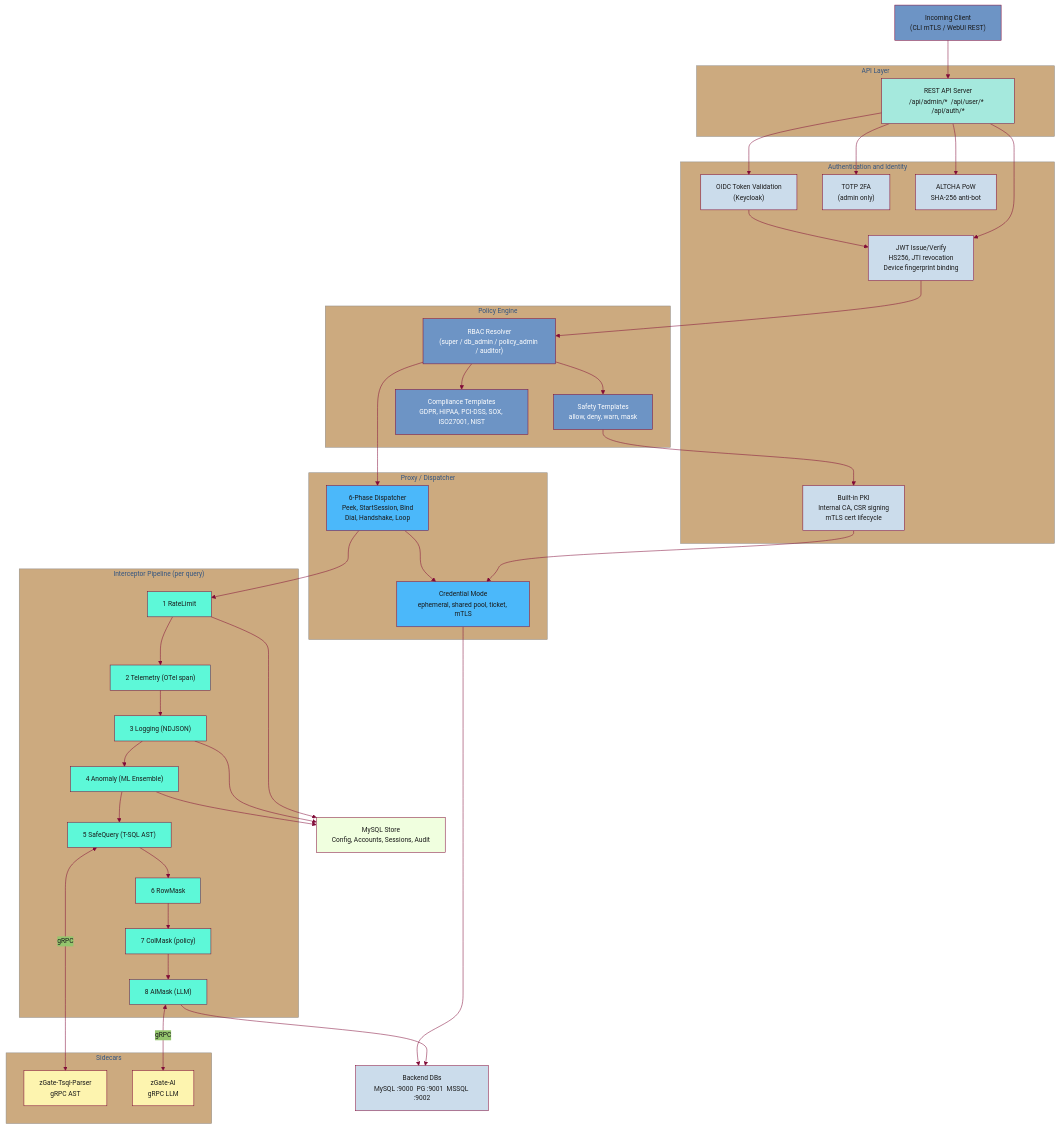
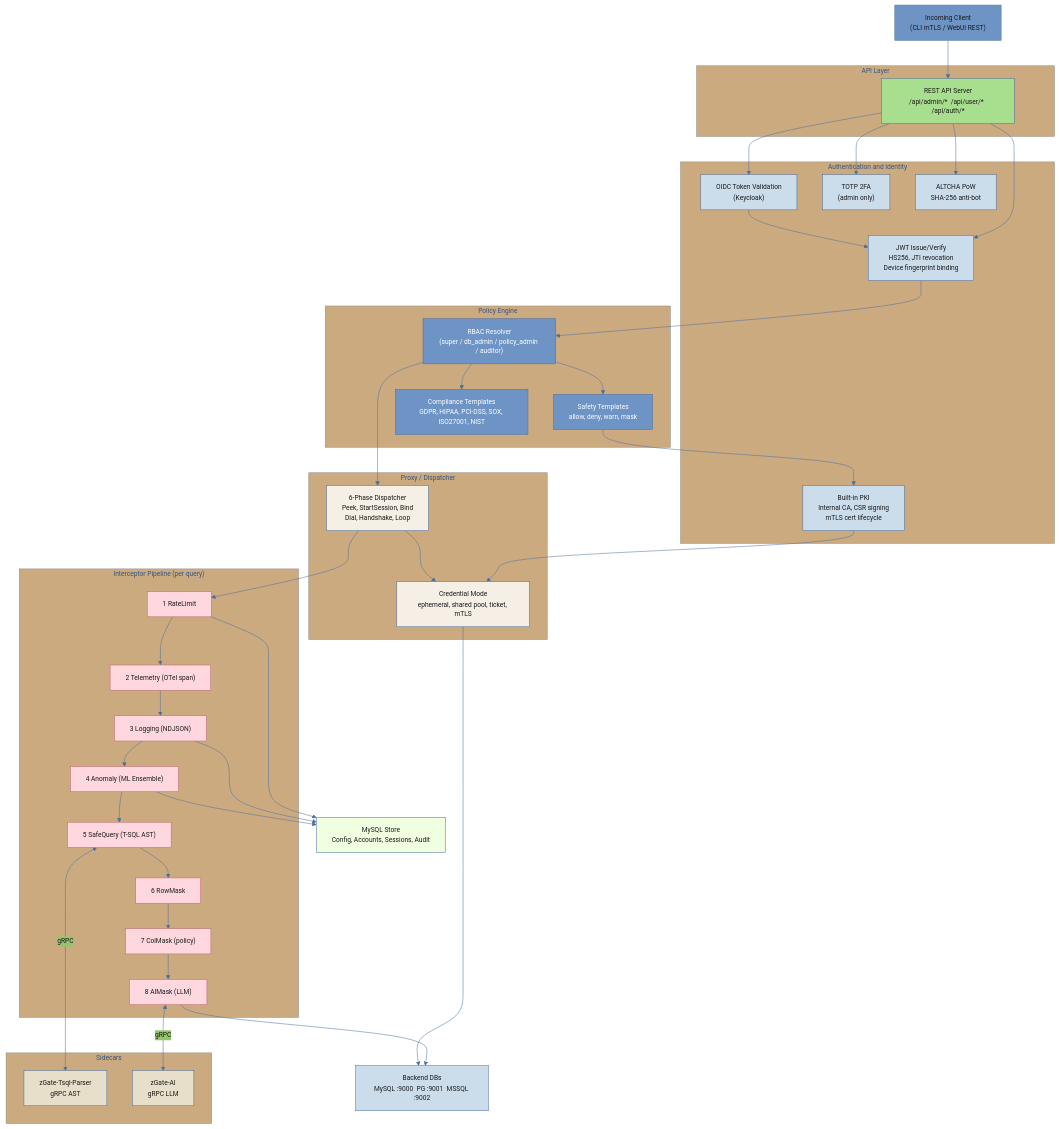
The diagram in diagrams/fig5_2_backend.mmd (lll-michael-lll/Graduation-Project-Documentation), drawn with Mermaid before and after one commit. The commit also changed 20 other files, not shown here.

First line of the commit message:
feat(docs): update diagram palettes, shrink figs 5.3+5.5, concise captions, fix TOC/LOF/LOT

```diff
--- a/diagrams/fig5_2_backend.mmd
+++ b/diagrams/fig5_2_backend.mmd
@@ -1,87 +1,87 @@
 %%{init: {
   "theme": "base",
   "themeVariables": {
     "primaryColor": "#6D94C5",
     "primaryTextColor": "#1a1a1a",
-    "primaryBorderColor": "#810B38",
-    "lineColor": "#810B38",
+    "primaryBorderColor": "#4a6fa0",
+    "lineColor": "#4a6fa0",
     "fontFamily": "Liberation Sans, Arial, sans-serif",
     "fontSize": "13px"
   }
 }}%%
 flowchart TB
-    classDef api     fill:#A5E9DD,stroke:#810B38,color:#1a1a1a
-    classDef auth    fill:#CBDCEB,stroke:#810B38,color:#1a1a1a
-    classDef policy  fill:#6D94C5,stroke:#810B38,color:#fff
-    classDef proxy   fill:#4BB8FA,stroke:#810B38,color:#1a1a1a
-    classDef pipe    fill:#5DF8D8,stroke:#810B38,color:#1a1a1a
-    classDef sidecar fill:#FDF4AF,stroke:#810B38,color:#1a1a1a
-    classDef store   fill:#F0FFDF,stroke:#810B38,color:#1a1a1a
-    classDef db      fill:#CBDCEB,stroke:#810B38,color:#1a1a1a
+    classDef api     fill:#A8DF8E,stroke:#4a6fa0,color:#1a1a1a
+    classDef auth    fill:#CBDCEB,stroke:#4a6fa0,color:#1a1a1a
+    classDef policy  fill:#6D94C5,stroke:#4a6fa0,color:#fff
+    classDef proxy   fill:#F5EFE6,stroke:#4a6fa0,color:#1a1a1a
+    classDef pipe    fill:#FFD8DF,stroke:#c0626e,color:#1a1a1a
+    classDef sidecar fill:#E8DFCA,stroke:#4a6fa0,color:#1a1a1a
+    classDef store   fill:#F0FFDF,stroke:#4a6fa0,color:#1a1a1a
+    classDef db      fill:#CBDCEB,stroke:#4a6fa0,color:#1a1a1a
 
     REQ["Incoming Client\n(CLI mTLS / WebUI REST)"]
 
     subgraph API_LAYER ["API Layer"]
         REST["REST API Server\n/api/admin/*  /api/user/*  /api/auth/*"]:::api
     end
 
     subgraph AUTH_LAYER ["Authentication and Identity"]
         OIDC["OIDC Token Validation\n(Keycloak)"]:::auth
         JWT["JWT Issue/Verify\nHS256, JTI revocation\nDevice fingerprint binding"]:::auth
         TOTP["TOTP 2FA\n(admin only)"]:::auth
         PKI["Built-in PKI\nInternal CA, CSR signing\nmTLS cert lifecycle"]:::auth
         ALTCHA["ALTCHA PoW\nSHA-256 anti-bot"]:::auth
     end
 
     subgraph POLICY_LAYER ["Policy Engine"]
         RBAC["RBAC Resolver\n(super / db_admin / policy_admin / auditor)"]:::policy
         SAFETY["Safety Templates\nallow, deny, warn, mask"]:::policy
         COMPLIANCE["Compliance Templates\nGDPR, HIPAA, PCI-DSS, SOX, ISO27001, NIST"]:::policy
     end
 
     subgraph PROXY_LAYER ["Proxy / Dispatcher"]
         DISP2["6-Phase Dispatcher\nPeek, StartSession, Bind\nDial, Handshake, Loop"]:::proxy
         CRED["Credential Mode\nephemeral, shared pool, ticket, mTLS"]:::proxy
     end
 
     subgraph PIPE_LAYER ["Interceptor Pipeline (per query)"]
         P_RL["1 RateLimit"]:::pipe
         P_OT["2 Telemetry (OTel span)"]:::pipe
         P_LOG["3 Logging (NDJSON)"]:::pipe
         P_AN["4 Anomaly (ML Ensemble)"]:::pipe
         P_SQ["5 SafeQuery (T-SQL AST)"]:::pipe
         P_RM["6 RowMask"]:::pipe
         P_CM["7 ColMask (policy)"]:::pipe
         P_AI["8 AIMask (LLM)"]:::pipe
     end
 
     STORE["MySQL Store\nConfig, Accounts, Sessions, Audit"]:::store
 
     subgraph SIDECARS2 ["Sidecars"]
         TSQL3["zGate-Tsql-Parser\ngRPC AST"]:::sidecar
         AI3["zGate-AI\ngRPC LLM"]:::sidecar
     end
 
     DB_OUT["Backend DBs\nMySQL :9000  PG :9001  MSSQL :9002"]:::db
 
     REQ --> REST
     REST --> OIDC
     REST --> JWT
     REST --> TOTP
     REST --> ALTCHA
     JWT --> RBAC
     OIDC --> JWT
     RBAC --> SAFETY
     RBAC --> COMPLIANCE
     SAFETY --> PKI
     PKI --> CRED
     RBAC --> DISP2
     DISP2 --> CRED
     DISP2 --> P_RL --> P_OT --> P_LOG --> P_AN --> P_SQ --> P_RM --> P_CM --> P_AI
     P_SQ <-->|"gRPC"| TSQL3
     P_AI <-->|"gRPC"| AI3
     P_RL --> STORE
     P_LOG --> STORE
     P_AN --> STORE
     P_AI --> DB_OUT
     CRED --> DB_OUT
```
